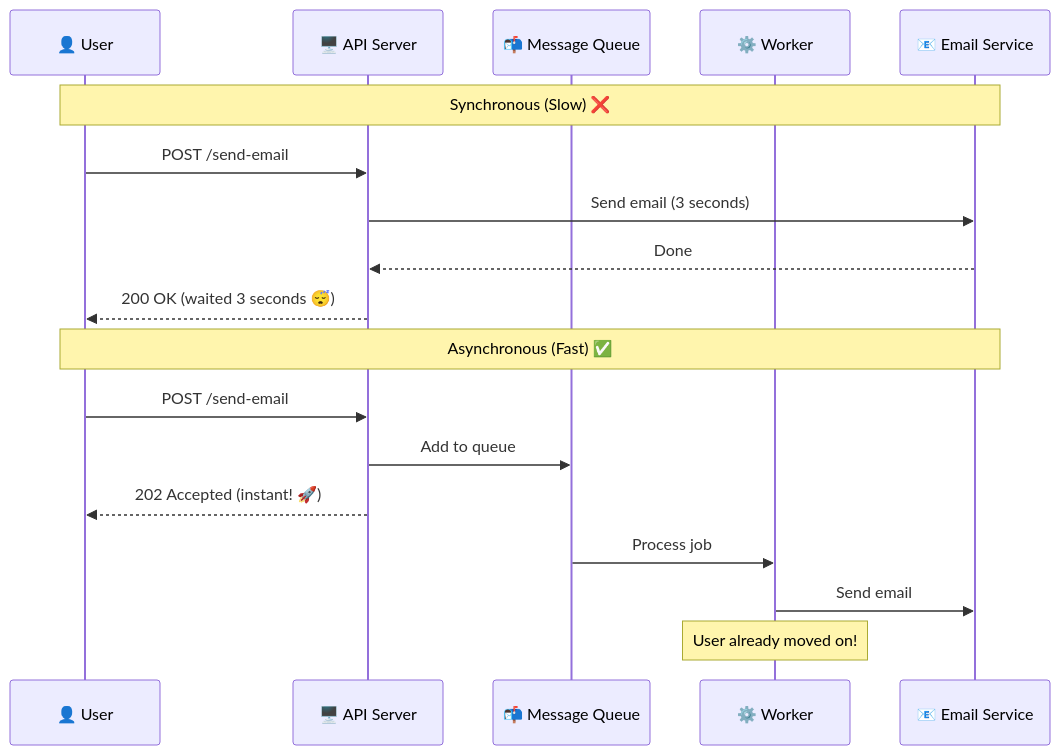
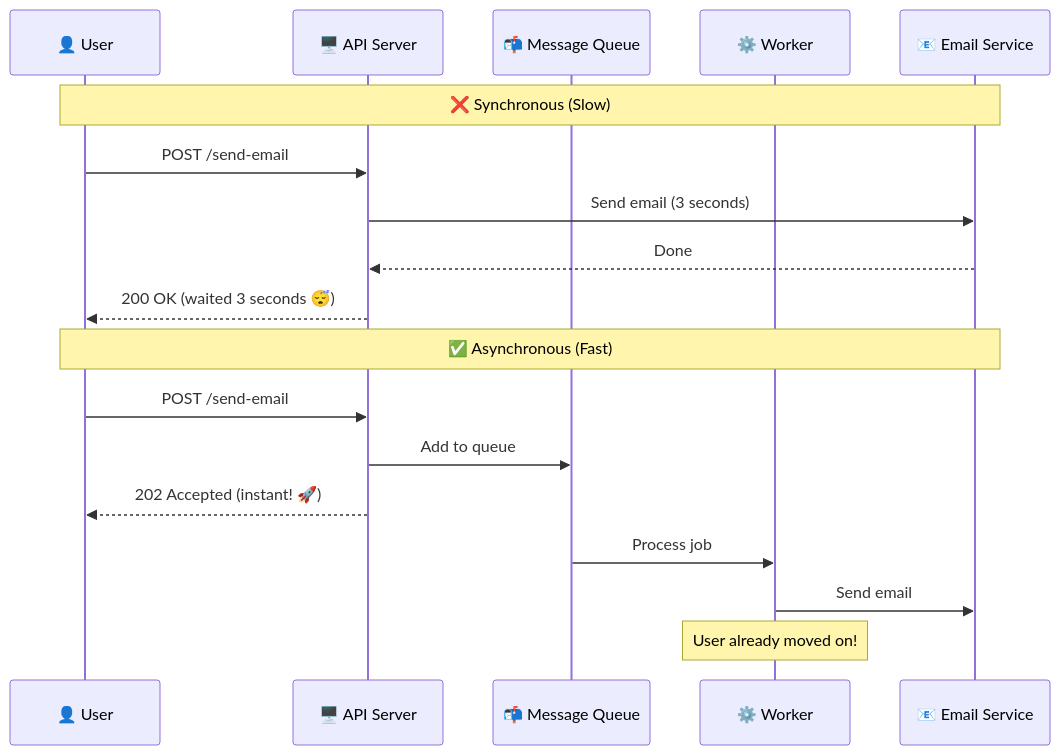
One commit to rilov/handbook changed diagram 18 of 25 in _topics/scaling-api-1-to-1-million-rps.md. Above: the diagram before and after it, drawn with Mermaid. The commit also changed other lines of this file and 1 other file, not shown here.

```diff
--- a/_topics/scaling-api-1-to-1-million-rps.md
+++ b/_topics/scaling-api-1-to-1-million-rps.md
@@ -284,22 +754,22 @@
 <div class="mermaid">
 sequenceDiagram
     participant U as 👤 User
     participant A as 🖥️ API Server
     participant Q as 📬 Message Queue
     participant W as ⚙️ Worker
     participant E as 📧 Email Service
     
-    Note over U,E: Synchronous (Slow) ❌
+    Note over U,E: ❌ Synchronous (Slow)
     U->>A: POST /send-email
     A->>E: Send email (3 seconds)
     E-->>A: Done
     A-->>U: 200 OK (waited 3 seconds 😴)
     
-    Note over U,E: Asynchronous (Fast) ✅
+    Note over U,E: ✅ Asynchronous (Fast)
     U->>A: POST /send-email
     A->>Q: Add to queue
     A-->>U: 202 Accepted (instant! 🚀)
     Q->>W: Process job
     W->>E: Send email
     Note over W: User already moved on!
 </div>
```
